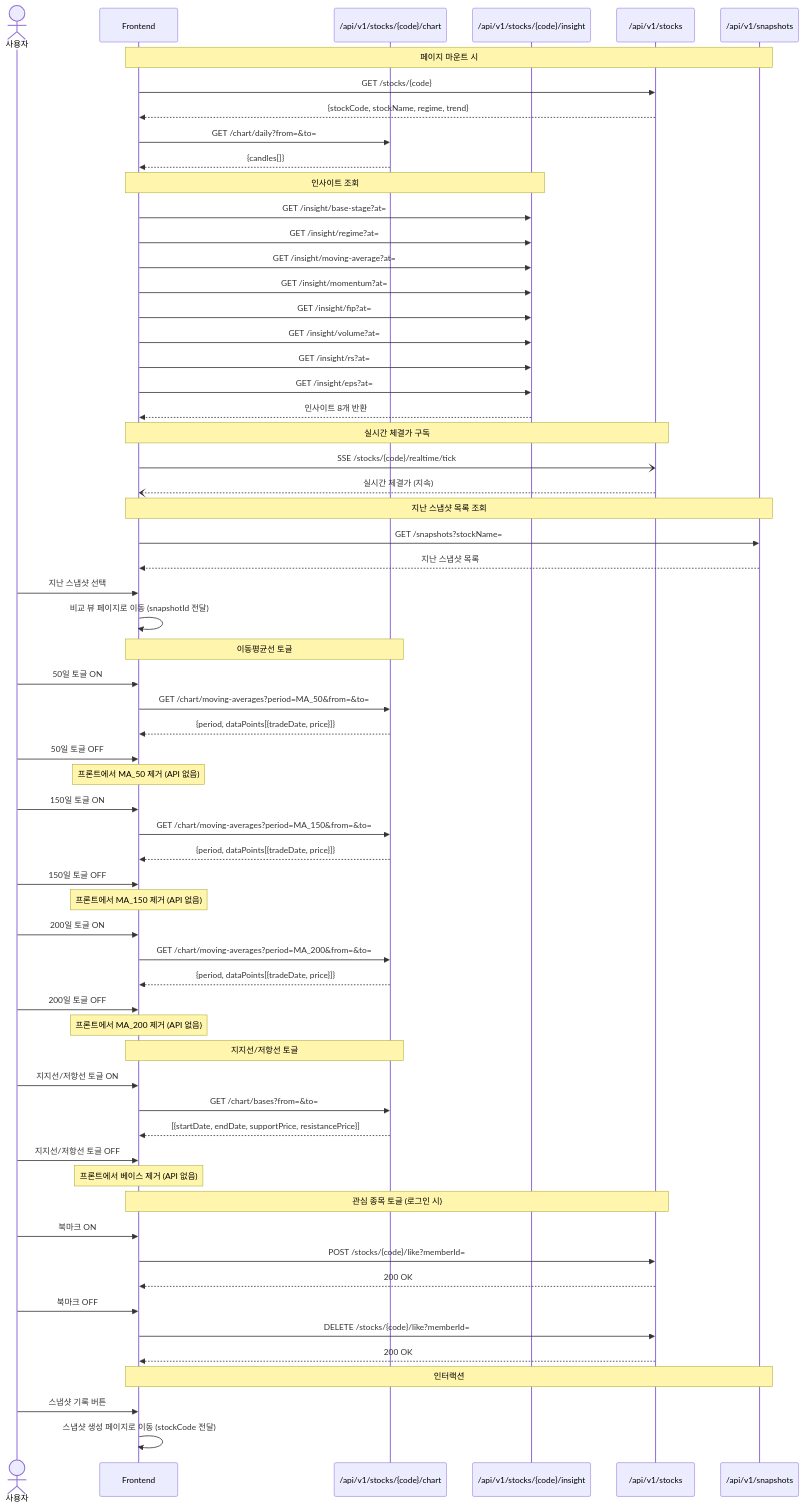
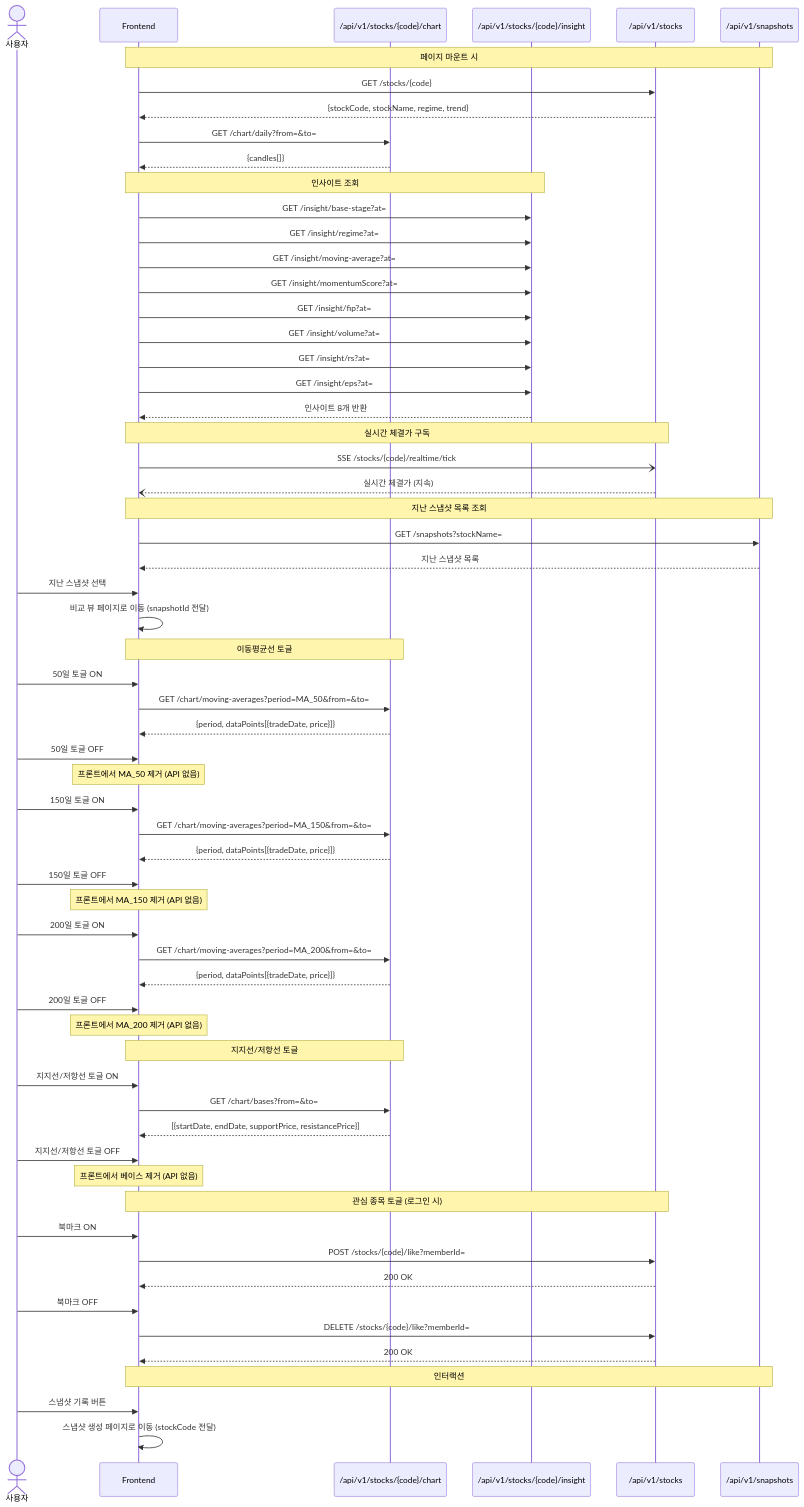
One commit to Burning-In/backend changed the fourth of 7 diagrams in docs/시퀀스 다이어그램.md. Above: the diagram before and after it, drawn with Mermaid. The commit also changed other lines of this file and 17 other files, not shown here.

````diff
--- a/docs/시퀀스 다이어그램.md
+++ b/docs/시퀀스 다이어그램.md
@@ -151,74 +151,74 @@
 ```mermaid
 sequenceDiagram
     actor U as 사용자
     participant FE as Frontend
     participant CHART as /api/v1/stocks/{code}/chart
     participant INSIGHT as /api/v1/stocks/{code}/insight
     participant STOCK as /api/v1/stocks
     participant SNAP as /api/v1/snapshots
 
     Note over FE,SNAP: 페이지 마운트 시
     FE->>STOCK: GET /stocks/{code}
     STOCK-->>FE: {stockCode, stockName, regime, trend}
     FE->>CHART: GET /chart/daily?from=&to=
     CHART-->>FE: {candles[]}
 
     Note over FE,INSIGHT: 인사이트 조회
     FE->>INSIGHT: GET /insight/base-stage?at=
     FE->>INSIGHT: GET /insight/regime?at=
     FE->>INSIGHT: GET /insight/moving-average?at=
-    FE->>INSIGHT: GET /insight/momentum?at=
+    FE->>INSIGHT: GET /insight/momentumScore?at=
     FE->>INSIGHT: GET /insight/fip?at=
     FE->>INSIGHT: GET /insight/volume?at=
     FE->>INSIGHT: GET /insight/rs?at=
     FE->>INSIGHT: GET /insight/eps?at=
     INSIGHT-->>FE: 인사이트 8개 반환
 
     Note over FE,STOCK: 실시간 체결가 구독
     FE-)STOCK: SSE /stocks/{code}/realtime/tick
     STOCK--)FE: 실시간 체결가 (지속)
 
     Note over FE,SNAP: 지난 스냅샷 목록 조회
     FE->>SNAP: GET /snapshots?stockName=
     SNAP-->>FE: 지난 스냅샷 목록
     U->>FE: 지난 스냅샷 선택
     FE->>FE: 비교 뷰 페이지로 이동 (snapshotId 전달)
 
     Note over FE,CHART: 이동평균선 토글
     U->>FE: 50일 토글 ON
     FE->>CHART: GET /chart/moving-averages?period=MA_50&from=&to=
     CHART-->>FE: {period, dataPoints[{tradeDate, price}]}
     U->>FE: 50일 토글 OFF
     Note over FE: 프론트에서 MA_50 제거 (API 없음)
 
     U->>FE: 150일 토글 ON
     FE->>CHART: GET /chart/moving-averages?period=MA_150&from=&to=
     CHART-->>FE: {period, dataPoints[{tradeDate, price}]}
     U->>FE: 150일 토글 OFF
     Note over FE: 프론트에서 MA_150 제거 (API 없음)
 
     U->>FE: 200일 토글 ON
     FE->>CHART: GET /chart/moving-averages?period=MA_200&from=&to=
     CHART-->>FE: {period, dataPoints[{tradeDate, price}]}
     U->>FE: 200일 토글 OFF
     Note over FE: 프론트에서 MA_200 제거 (API 없음)
 
     Note over FE,CHART: 지지선/저항선 토글
     U->>FE: 지지선/저항선 토글 ON
     FE->>CHART: GET /chart/bases?from=&to=
     CHART-->>FE: [{startDate, endDate, supportPrice, resistancePrice}]
     U->>FE: 지지선/저항선 토글 OFF
     Note over FE: 프론트에서 베이스 제거 (API 없음)
 
     Note over FE,STOCK: 관심 종목 토글 (로그인 시)
     U->>FE: 북마크 ON
     FE->>STOCK: POST /stocks/{code}/like?memberId=
     STOCK-->>FE: 200 OK
     U->>FE: 북마크 OFF
     FE->>STOCK: DELETE /stocks/{code}/like?memberId=
     STOCK-->>FE: 200 OK
 
     Note over FE,SNAP: 인터랙션
     U->>FE: 스냅샷 기록 버튼
     FE->>FE: 스냅샷 생성 페이지로 이동 (stockCode 전달)
 ```
````
